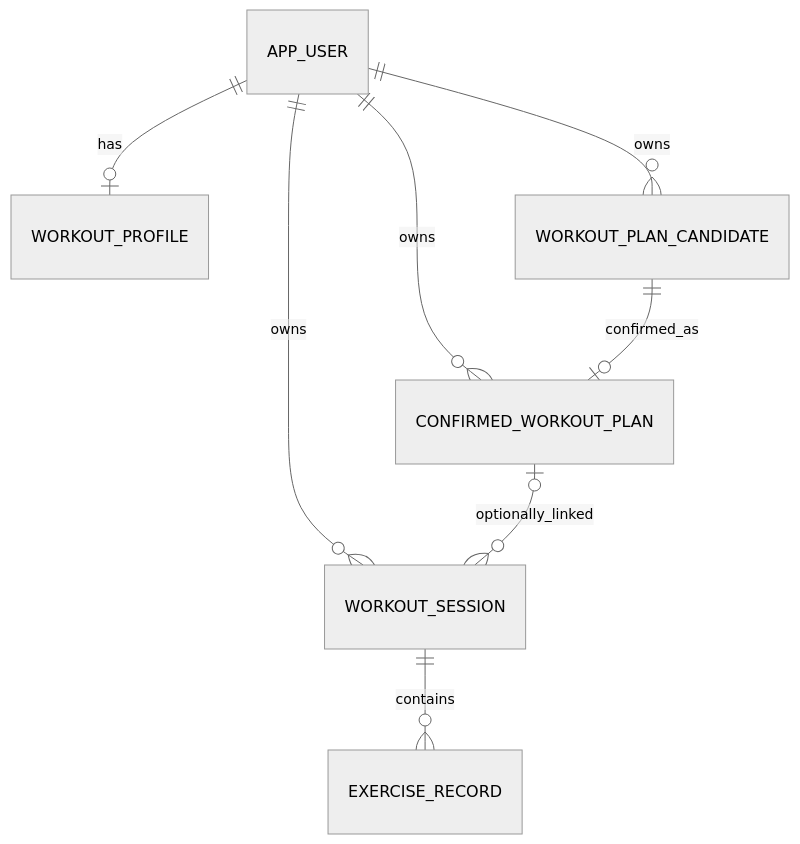
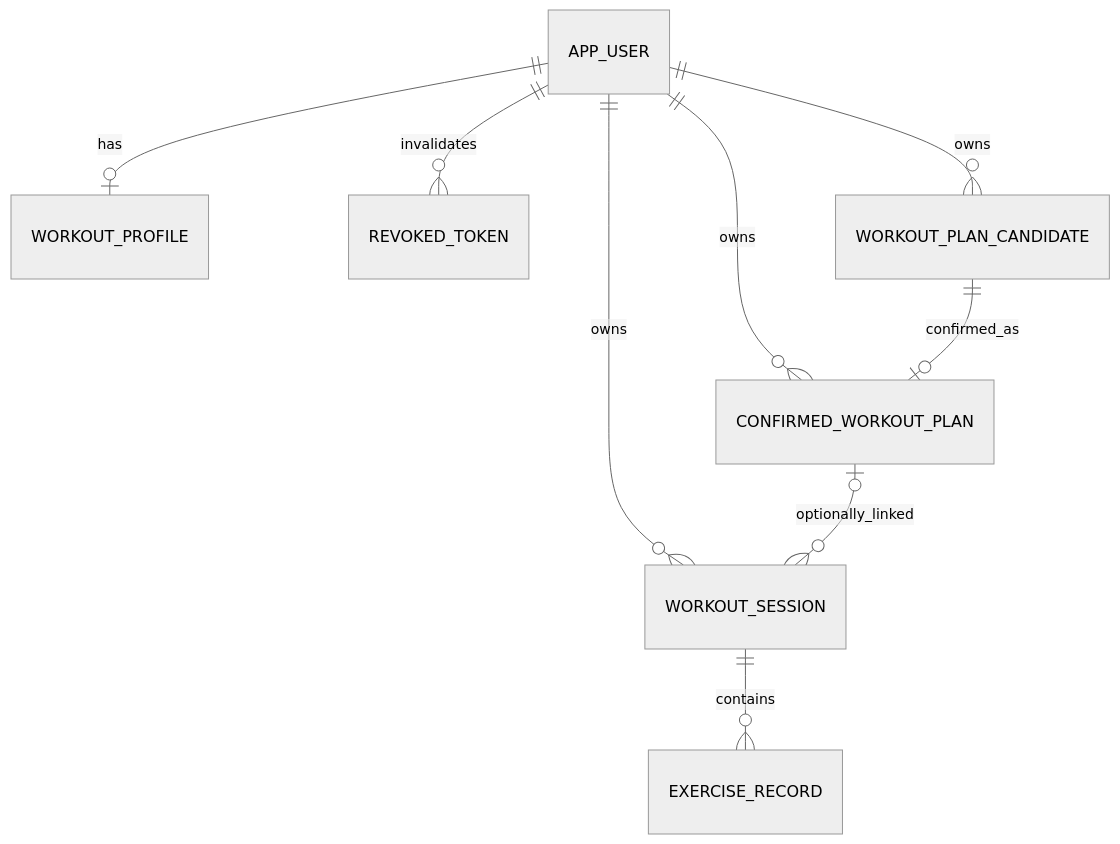
The diagram in docs/architecture/portfolio-mvp-erd.md (gustn0307/hybrid-training-platform), drawn with Mermaid (neutral theme) before and after one commit. The commit also changed other lines of this file and 47 other files, not shown here.

````diff
--- a/docs/architecture/portfolio-mvp-erd.md
+++ b/docs/architecture/portfolio-mvp-erd.md
@@ -7,10 +7,11 @@
 ```mermaid
 erDiagram
     APP_USER ||--o| WORKOUT_PROFILE : has
+    APP_USER ||--o{ REVOKED_TOKEN : invalidates
     APP_USER ||--o{ WORKOUT_PLAN_CANDIDATE : owns
     APP_USER ||--o{ CONFIRMED_WORKOUT_PLAN : owns
     APP_USER ||--o{ WORKOUT_SESSION : owns
     WORKOUT_PLAN_CANDIDATE ||--o| CONFIRMED_WORKOUT_PLAN : confirmed_as
     CONFIRMED_WORKOUT_PLAN o|--o{ WORKOUT_SESSION : optionally_linked
     WORKOUT_SESSION ||--o{ EXERCISE_RECORD : contains
 ```
````
